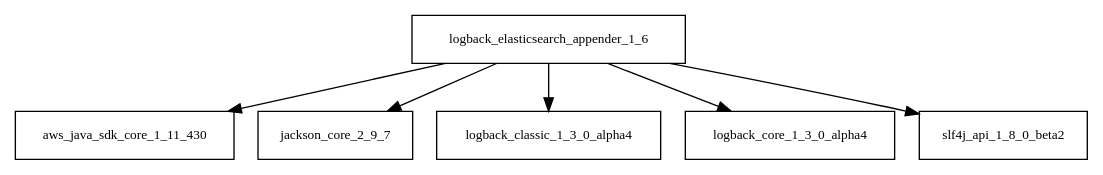
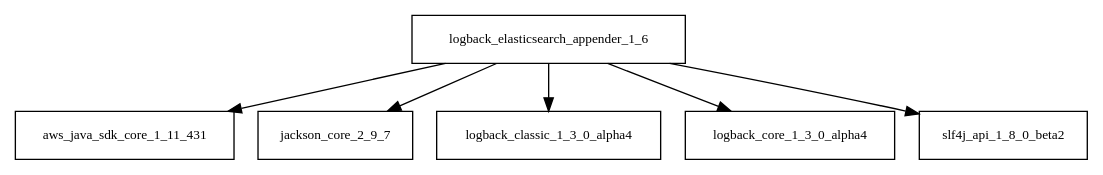
Before and after one commit to Hack23/cia: the diagram in tattleTaleReport/graphviz/logback-elasticsearch-appender-1.6.jar/logback-elasticsearch-appender-1.6.jar.dot, drawn with Graphviz. The commit also changed 1393 other files, not shown here.

```diff
--- a/tattleTaleReport/graphviz/logback-elasticsearch-appender-1.6.jar/logback-elasticsearch-appender-1.6.jar.dot
+++ b/tattleTaleReport/graphviz/logback-elasticsearch-appender-1.6.jar/logback-elasticsearch-appender-1.6.jar.dot
@@ -1,8 +1,8 @@
 digraph logback_elasticsearch_appender_1_6_dependencies {
   node [shape = box, fontsize=10.0];
-  logback_elasticsearch_appender_1_6 -> aws_java_sdk_core_1_11_430;
+  logback_elasticsearch_appender_1_6 -> aws_java_sdk_core_1_11_431;
   logback_elasticsearch_appender_1_6 -> jackson_core_2_9_7;
   logback_elasticsearch_appender_1_6 -> logback_classic_1_3_0_alpha4;
   logback_elasticsearch_appender_1_6 -> logback_core_1_3_0_alpha4;
   logback_elasticsearch_appender_1_6 -> slf4j_api_1_8_0_beta2;
 }
```
